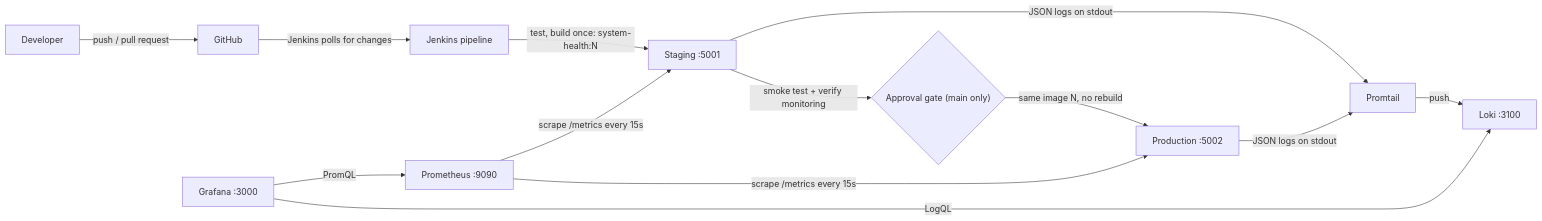
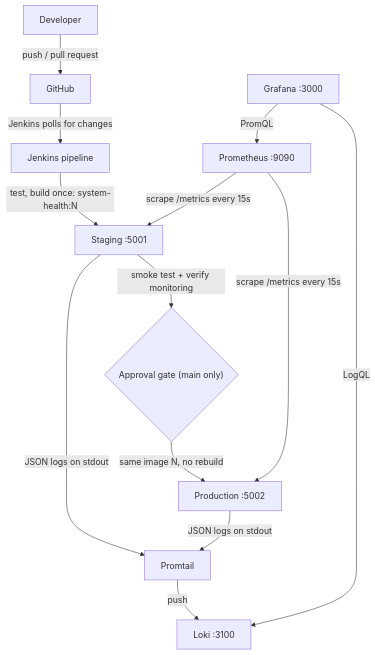
One commit to letta-Lana/system-health-dashboard changed the diagram in README.md. Above: the diagram before and after it, drawn with Mermaid.

Commit message:
README: lay the architecture diagram out top to bottom so it stays readable on GitHub

````diff
--- a/README.md
+++ b/README.md
@@ -44,15 +44,15 @@
 ```mermaid
-flowchart LR
+flowchart TB
     Dev["Developer"] -->|"push / pull request"| GH["GitHub"]
     GH -->|"Jenkins polls for changes"| J["Jenkins pipeline"]
     J -->|"test, build once: system-health:N"| ST["Staging :5001"]
     ST -->|"smoke test + verify monitoring"| AP{"Approval gate (main only)"}
     AP -->|"same image N, no rebuild"| PR["Production :5002"]
     P["Prometheus :9090"] -->|"scrape /metrics every 15s"| ST
     P -->|"scrape /metrics every 15s"| PR
     ST -->|"JSON logs on stdout"| PT["Promtail"]
     PR -->|"JSON logs on stdout"| PT
     PT -->|"push"| L["Loki :3100"]
     G["Grafana :3000"] -->|"PromQL"| P
     G -->|"LogQL"| L
 ```
````
